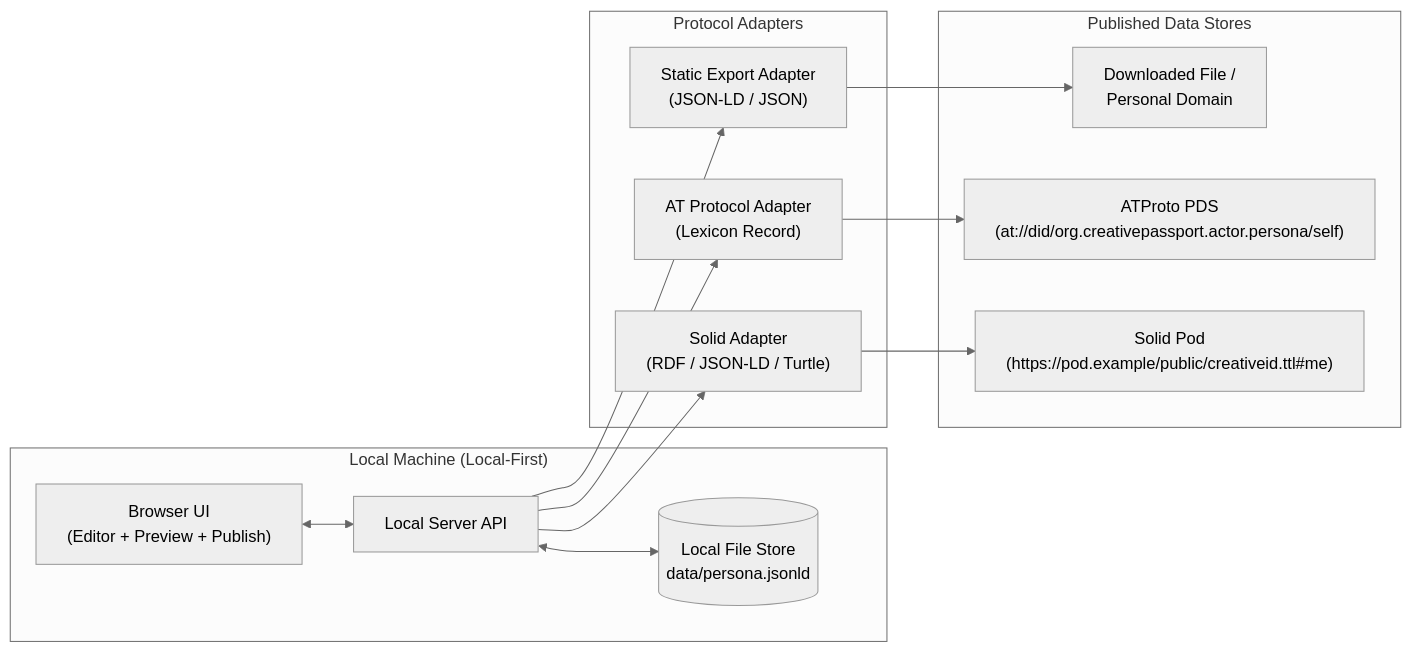
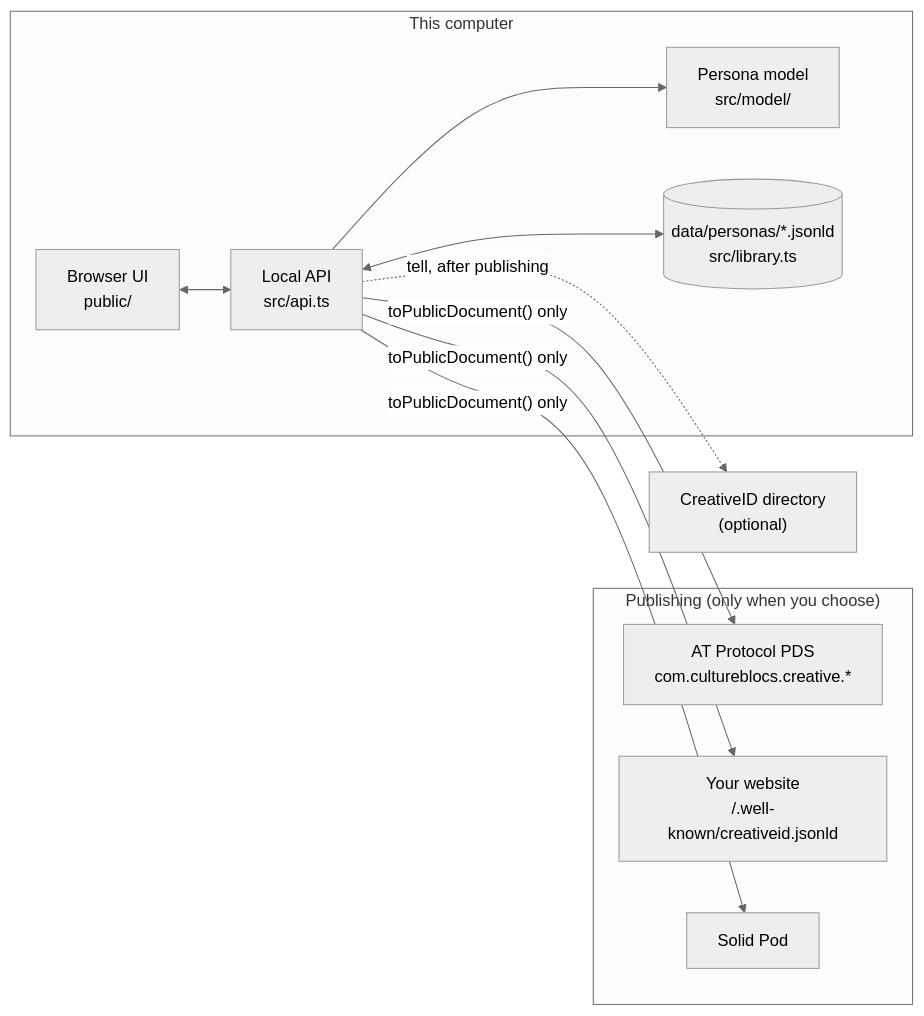
One commit to geocontrol/creativeid-studio changed the diagram in SCOPE.md. Above: the diagram before and after it, drawn with Mermaid (neutral theme). The commit also changed other lines of this file and 6 other files, not shown here.

````diff
--- a/SCOPE.md
+++ b/SCOPE.md
@@ -42,26 +43,19 @@
 ```mermaid
 flowchart LR
-    subgraph Local["Local Machine (Local-First)"]
-        UI["Browser UI\n(Editor + Preview + Publish)"]
-        API["Local Server API"]
-        Store[("Local File Store\ndata/persona.jsonld")]
-        UI <--> API
-        API <--> Store
+    subgraph Local["This computer"]
+        UI["Browser UI<br/>public/"]
+        API["Local API<br/>src/api.ts"]
+        Model["Persona model<br/>src/model/"]
+        Lib[("data/personas/*.jsonld<br/>src/library.ts")]
+        UI <--> API --> Model
+        API <--> Lib
     end
-
-    subgraph Adapters["Protocol Adapters"]
-        Static["Static Export Adapter\n(JSON-LD / JSON)"]
-        ATProto["AT Protocol Adapter\n(Lexicon Record)"]
-        Solid["Solid Adapter\n(RDF / JSON-LD / Turtle)"]
+    subgraph Out["Publishing (only when you choose)"]
+        AT["AT Protocol PDS<br/>com.cultureblocs.creative.*"]
+        Static["Your website<br/>/.well-known/creativeid.jsonld"]
+        Solid["Solid Pod"]
     end
-
-    subgraph Targets["Published Data Stores"]
-        File["Downloaded File /\nPersonal Domain"]
-        PDS["ATProto PDS\n(at://did/org.creativepassport.actor.persona/self)"]
-        Pod["Solid Pod\n(https://pod.example/public/creativeid.ttl#me)"]
-    end
-
-    API --> Static --> File
-    API --> ATProto --> PDS
-    API --> Solid --> Pod
+    Dir["CreativeID directory<br/>(optional)"]
+    API -->|"toPublicDocument() only"| AT & Static & Solid
+    API -. "tell, after publishing" .-> Dir
 ```
````
